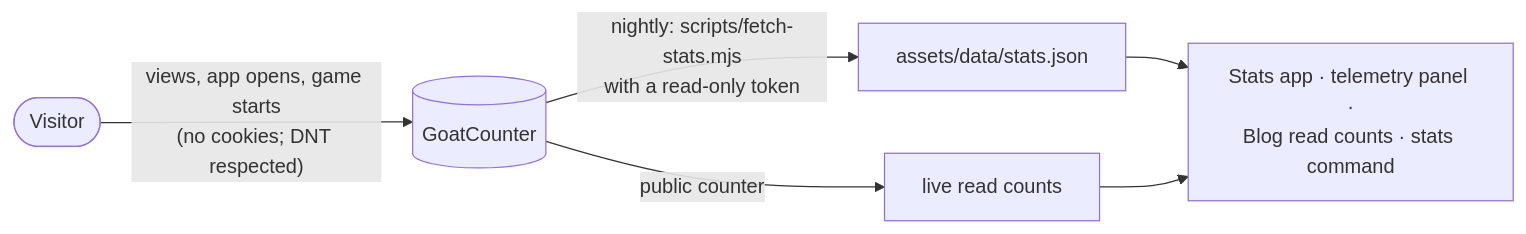
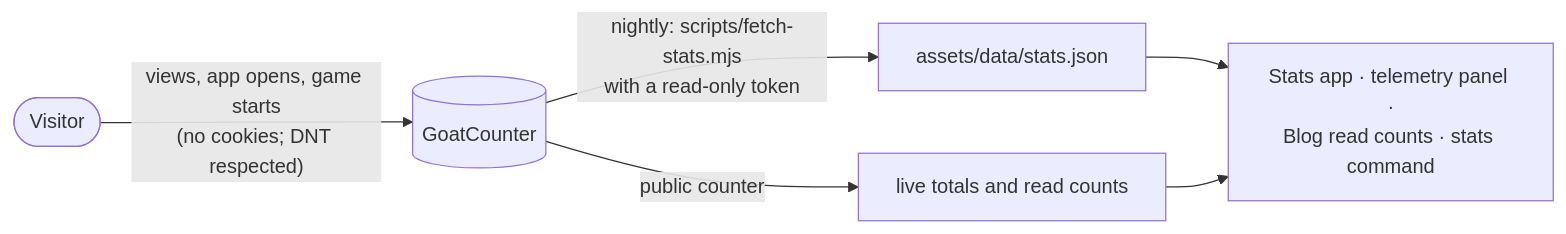
The second of 2 diagrams in README.md (e-choness/portfolio-site), drawn with Mermaid before and after one commit. The commit also changed other lines of this file and 162 other files, not shown here.

Commit message:
mermaid self-hosted, update structure

````diff
--- a/README.md
+++ b/README.md
@@ -129,8 +129,8 @@
 ```mermaid
 flowchart LR
   v([Visitor]) -- "views, app opens, game starts<br/>(no cookies; DNT respected)" --> gc[(GoatCounter)]
   gc -- "nightly: scripts/fetch-stats.mjs<br/>with a read-only token" --> s["assets/data/stats.json"]
-  gc -- "public counter" --> live["live read counts"]
+  gc -- "public counter" --> live["live totals and read counts"]
   s --> ui["Stats app · telemetry panel ·<br/>Blog read counts · stats command"]
   live --> ui
 ```
````
